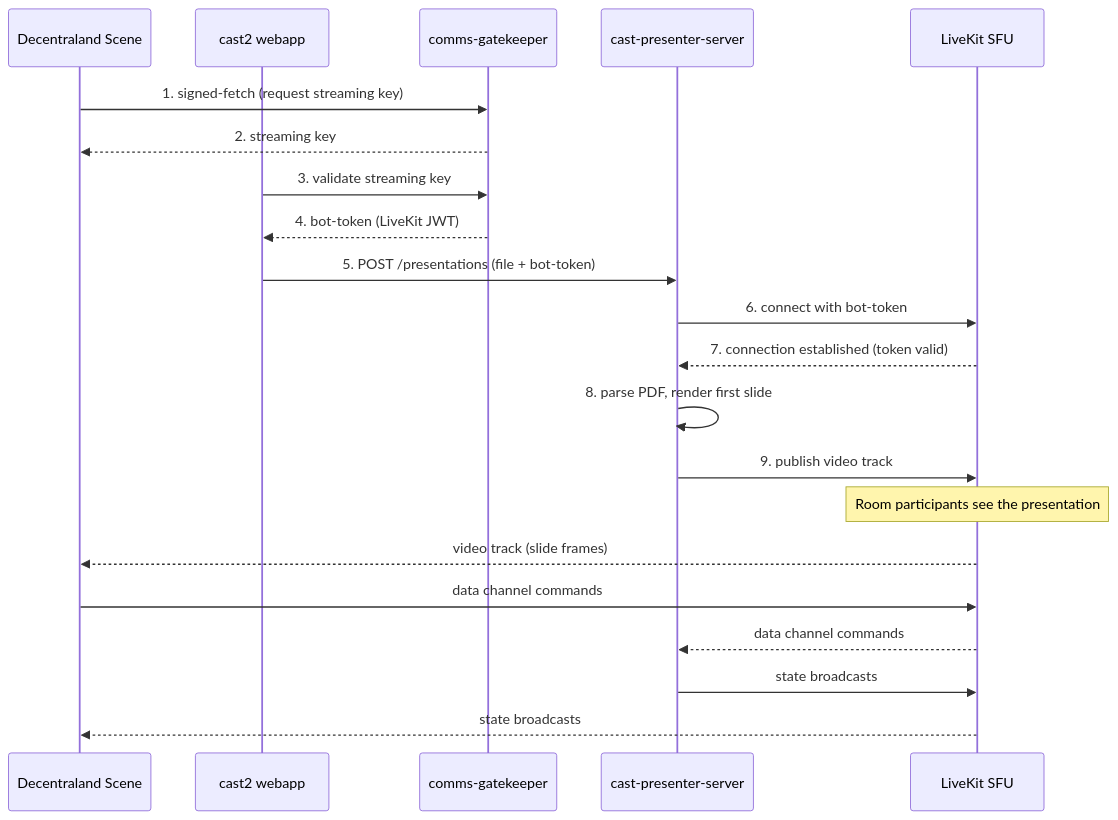
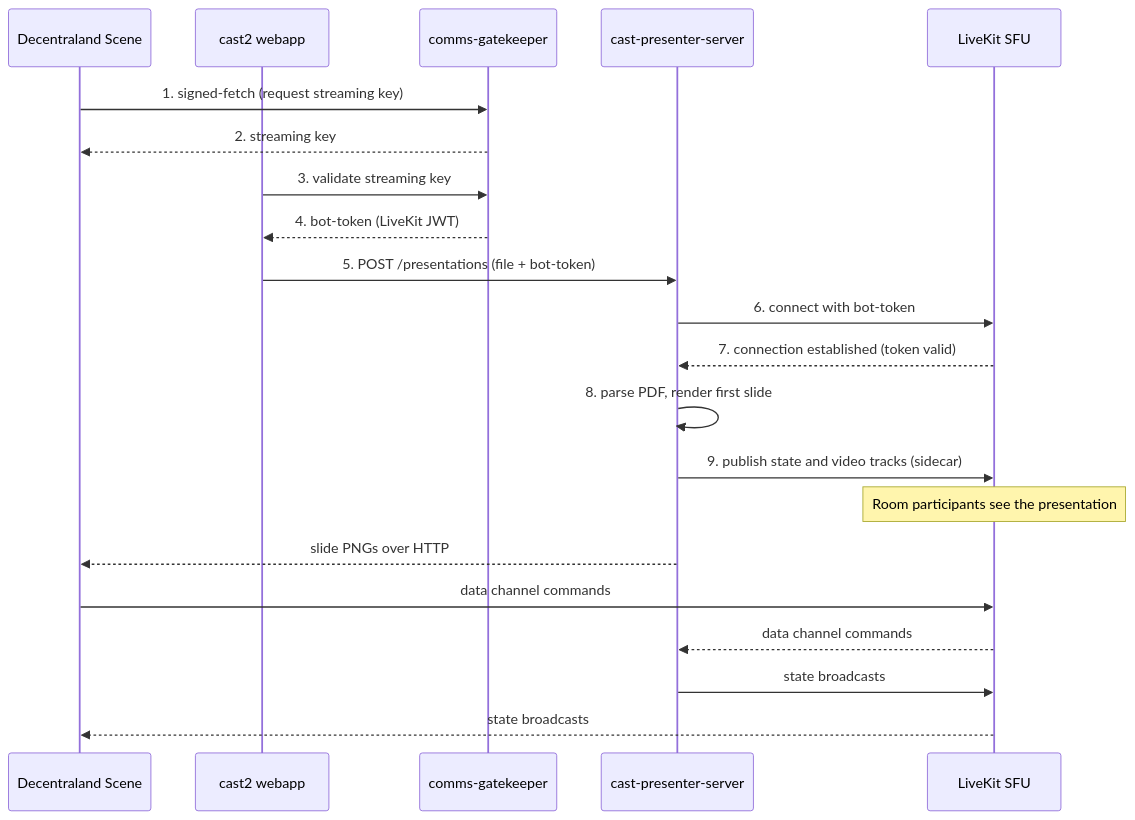
The first of 3 diagrams in docs/architecture.md (decentraland/cast-presenter-server), drawn with Mermaid before and after one commit. The commit also changed other lines of this file and 46 other files, not shown here.

````diff
--- a/docs/architecture.md
+++ b/docs/architecture.md
@@ -13,28 +14,28 @@
 ```mermaid
 sequenceDiagram
     participant Scene as Decentraland Scene
     participant Cast2 as cast2 webapp
     participant GK as comms-gatekeeper
     participant PS as cast-presenter-server
     participant LK as LiveKit SFU
 
     Scene->>GK: 1. signed-fetch (request streaming key)
     GK-->>Scene: 2. streaming key
 
     Cast2->>GK: 3. validate streaming key
     GK-->>Cast2: 4. bot-token (LiveKit JWT)
 
     Cast2->>PS: 5. POST /presentations (file + bot-token)
     PS->>LK: 6. connect with bot-token
     LK-->>PS: 7. connection established (token valid)
     PS->>PS: 8. parse PDF, render first slide
-    PS->>LK: 9. publish video track
+    PS->>LK: 9. publish state and video tracks (sidecar)
 
     Note over LK: Room participants see the presentation
 
-    LK-->>Scene: video track (slide frames)
+    PS-->>Scene: slide PNGs over HTTP
     Scene->>LK: data channel commands
     LK-->>PS: data channel commands
     PS->>LK: state broadcasts
     LK-->>Scene: state broadcasts
 ```
````
